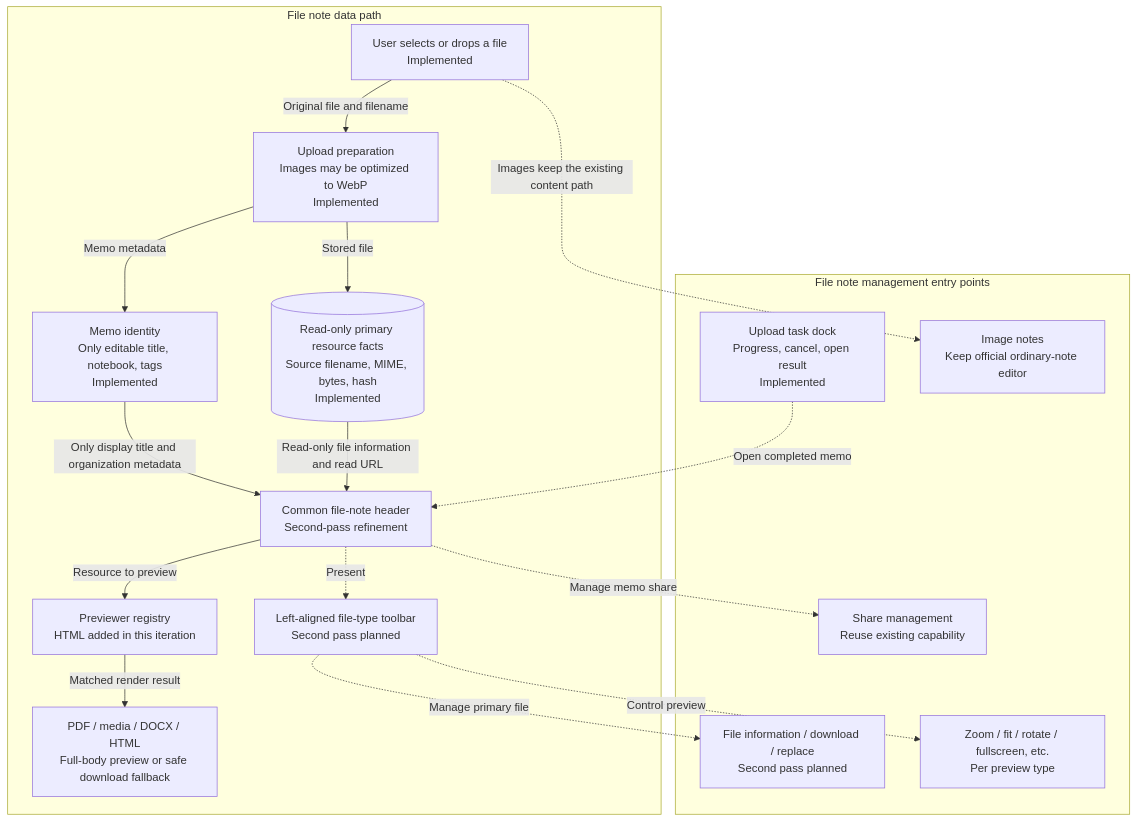
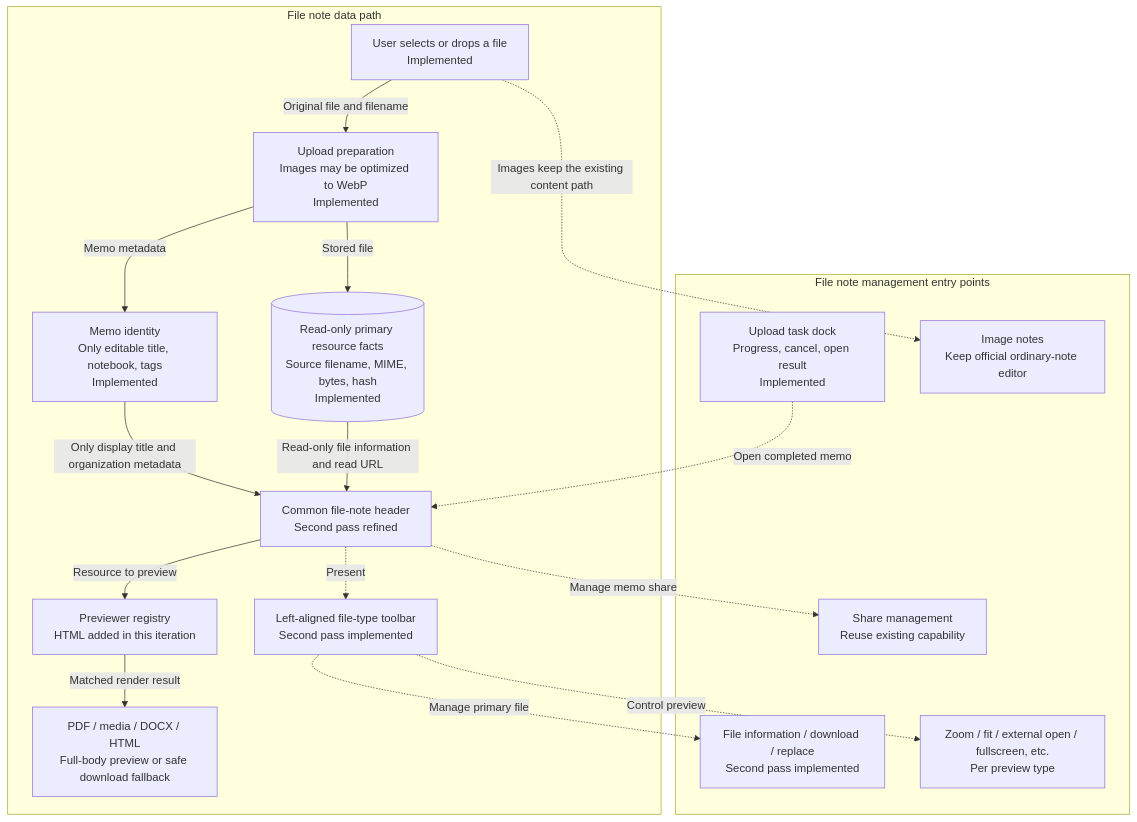
One commit to LarryGuan/edgeever changed the diagram in docs/file-note-shell-html-preview-iteration.md. Above: the diagram before and after it, drawn with Mermaid. The commit also changed other lines of this file and 1 other file, not shown here.

Commit message:
docs: record file note toolbar implementation

````diff
--- a/docs/file-note-shell-html-preview-iteration.md
+++ b/docs/file-note-shell-html-preview-iteration.md
@@ -48,36 +48,36 @@
 ```mermaid
 flowchart TB
     subgraph FLOW["File note data path"]
         INPUT["User selects or drops a file<br/>Implemented"]
         PREPARE["Upload preparation<br/>Images may be optimized to WebP<br/>Implemented"]
         MEMO["Memo identity<br/>Only editable title, notebook, tags<br/>Implemented"]
         RESOURCE[("Read-only primary resource facts<br/>Source filename, MIME, bytes, hash<br/>Implemented")]
-        PANE["Common file-note header<br/>Second-pass refinement"]
-        TOOLBAR["Left-aligned file-type toolbar<br/>Second pass planned"]
+        PANE["Common file-note header<br/>Second pass refined"]
+        TOOLBAR["Left-aligned file-type toolbar<br/>Second pass implemented"]
         REGISTRY["Previewer registry<br/>HTML added in this iteration"]
         RESULT["PDF / media / DOCX / HTML<br/>Full-body preview or safe download fallback"]
 
         INPUT -->|"Original file and filename"| PREPARE
         PREPARE -->|"Memo metadata"| MEMO
         PREPARE -->|"Stored file"| RESOURCE
         MEMO -->|"Only display title and organization metadata"| PANE
         RESOURCE -->|"Read-only file information and read URL"| PANE
         PANE -->|"Resource to preview"| REGISTRY
         REGISTRY -->|"Matched render result"| RESULT
     end
 
     subgraph TOOLS["File note management entry points"]
-        ACTIONS["File information / download / replace<br/>Second pass planned"]
-        PREVIEW_ACTIONS["Zoom / fit / rotate / fullscreen, etc.<br/>Per preview type"]
+        ACTIONS["File information / download / replace<br/>Second pass implemented"]
+        PREVIEW_ACTIONS["Zoom / fit / external open / fullscreen, etc.<br/>Per preview type"]
         SHARE["Share management<br/>Reuse existing capability"]
         UPLOADS["Upload task dock<br/>Progress, cancel, open result<br/>Implemented"]
         IMAGE_EDITOR["Image notes<br/>Keep official ordinary-note editor"]
     end
 
     PANE -.->|"Present"| TOOLBAR
     TOOLBAR -.->|"Manage primary file"| ACTIONS
     TOOLBAR -.->|"Control preview"| PREVIEW_ACTIONS
     PANE -.->|"Manage memo share"| SHARE
     UPLOADS -.->|"Open completed memo"| PANE
     INPUT -.->|"Images keep the existing content path"| IMAGE_EDITOR
 ```
````
